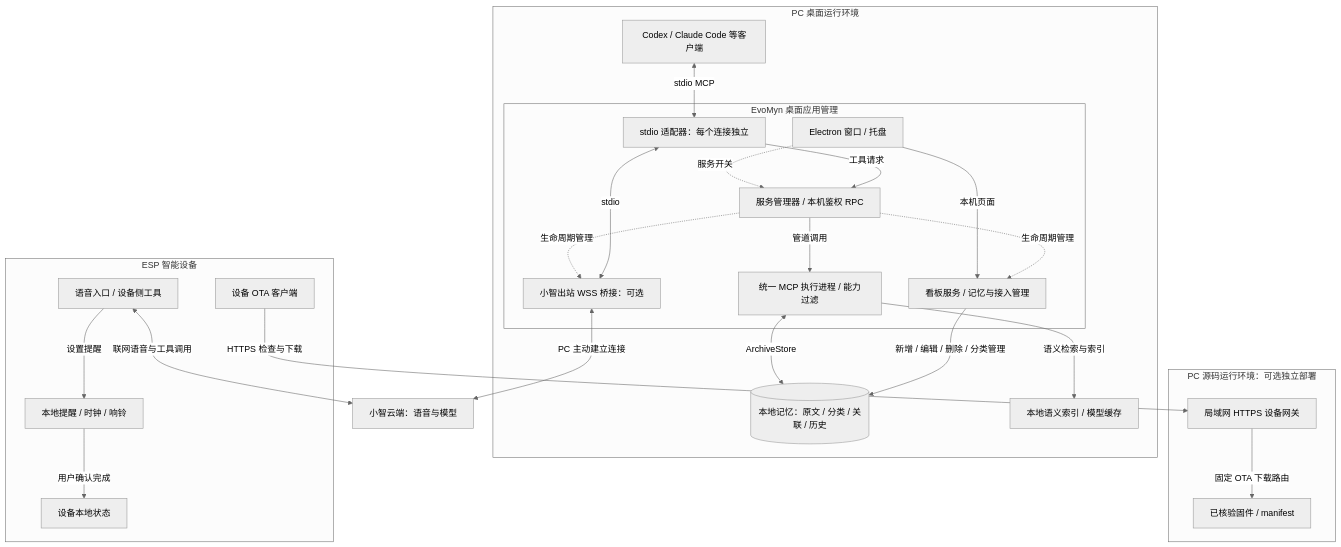
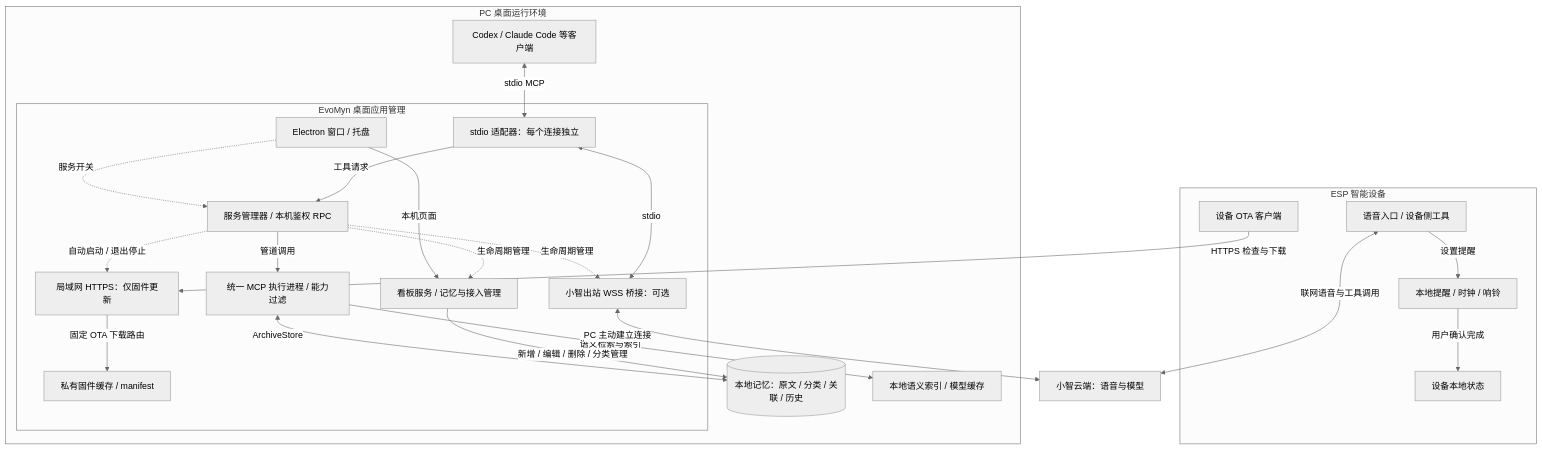
One commit to ArkFishingLab/EvoMyn changed the first of 2 diagrams in docs/architecture.md. Above: the diagram before and after it, drawn with Mermaid (neutral theme). The commit also changed other lines of this file and 18 other files, not shown here.

````diff
--- a/docs/architecture.md
+++ b/docs/architecture.md
@@ -7,43 +7,42 @@
 ```mermaid
 flowchart TB
     Cloud["小智云端：语音与模型"]
     subgraph ESP["ESP 智能设备"]
         Voice["语音入口 / 设备侧工具"]
         Planner["本地提醒 / 时钟 / 响铃"]
         OTA["设备 OTA 客户端"]
         Voice -->|设置提醒| Planner
         Planner -->|用户确认完成| LocalState["设备本地状态"]
     end
     subgraph PC["PC 桌面运行环境"]
         Clients["Codex / Claude Code 等客户端"]
         subgraph App["EvoMyn 桌面应用管理"]
             UI["Electron 窗口 / 托盘"]
             Supervisor["服务管理器 / 本机鉴权 RPC"]
             Adapter["stdio 适配器：每个连接独立"]
             Bridge["小智出站 WSS 桥接：可选"]
             Worker["统一 MCP 执行进程 / 能力过滤"]
             Dashboard["看板服务 / 记忆与接入管理"]
+            Gateway["局域网 HTTPS：仅固件更新"]
+            Firmware["私有固件缓存 / manifest"]
+            Supervisor -.->|自动启动 / 退出停止| Gateway
+            Gateway -->|固定 OTA 下载路由| Firmware
             UI -.->|服务开关| Supervisor
             UI -->|本机页面| Dashboard
             Adapter -->|工具请求| Supervisor
             Supervisor -->|管道调用| Worker
             Supervisor -.->|生命周期管理| Dashboard
             Supervisor -.->|生命周期管理| Bridge
             Bridge <-->|stdio| Adapter
         end
         Store[("本地记忆：原文 / 分类 / 关联 / 历史")]
         Index["本地语义索引 / 模型缓存"]
         Clients <-->|stdio MCP| Adapter
         Worker <-->|ArchiveStore| Store
         Worker -->|语义检索与索引| Index
         Dashboard -->|新增 / 编辑 / 删除 / 分类管理| Store
     end
-    subgraph Source["PC 源码运行环境：可选独立部署"]
-        Gateway["局域网 HTTPS 设备网关"]
-        Firmware["已核验固件 / manifest"]
-        Gateway -->|固定 OTA 下载路由| Firmware
-    end
     Voice <-->|联网语音与工具调用| Cloud
     Bridge <-->|PC 主动建立连接| Cloud
     OTA -->|HTTPS 检查与下载| Gateway
 ```
````
